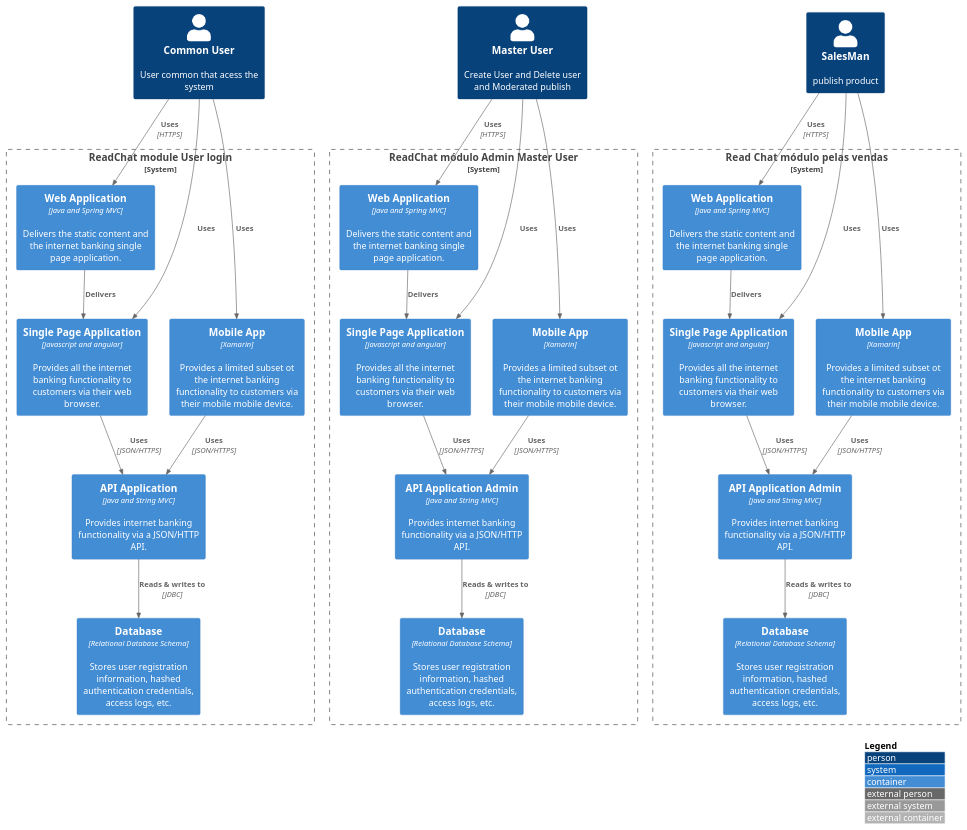
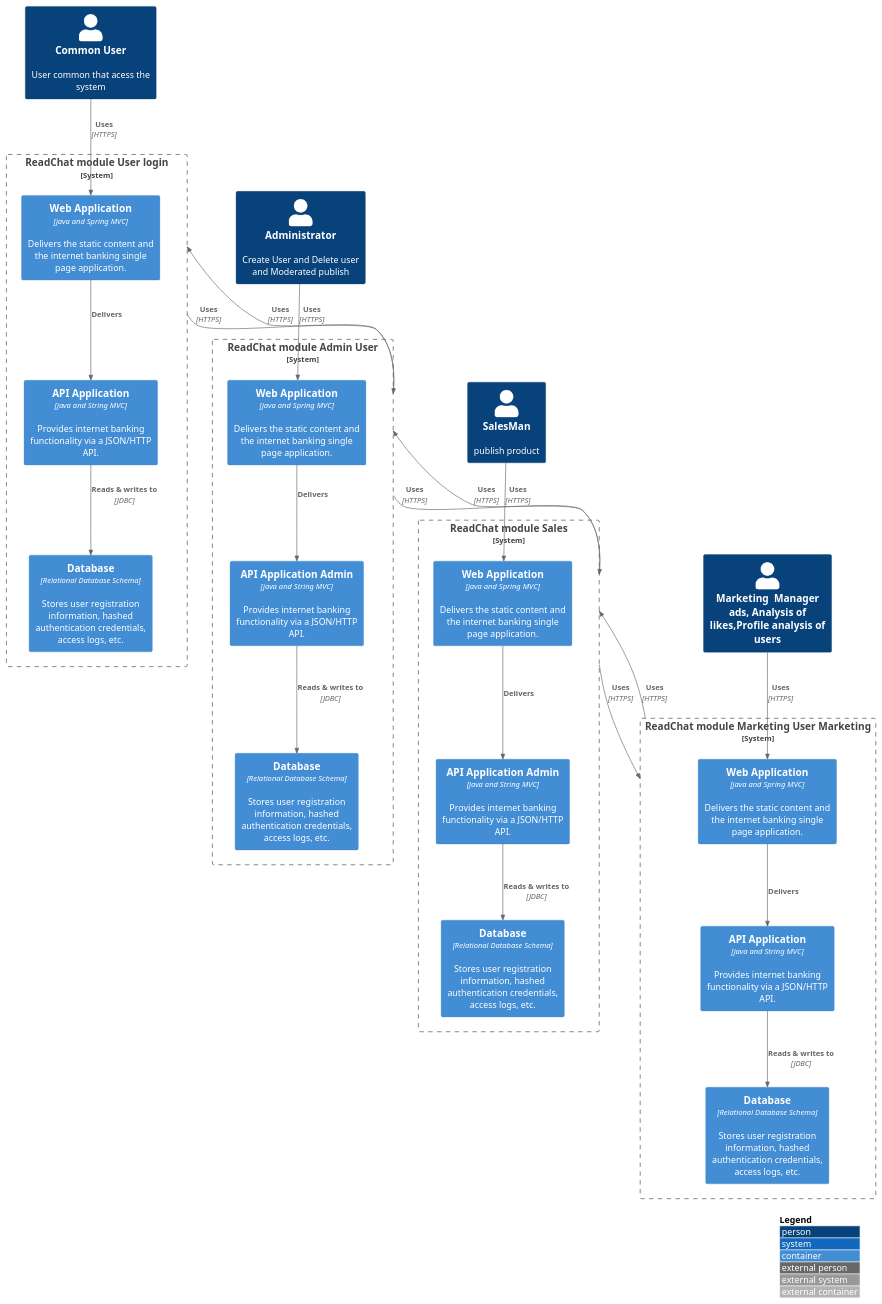
One commit to ertelsoares/Disciplinas-TSI changed the diagram in C4-Analise-de-sistemas-2/ModeloArquiteturaC4/src/Red-Chat/system.puml. Above: the diagram before and after it, drawn with PlantUML. The commit also changed 12 other files, not shown here.

```diff
--- a/C4-Analise-de-sistemas-2/ModeloArquiteturaC4/src/Red-Chat/system.puml
+++ b/C4-Analise-de-sistemas-2/ModeloArquiteturaC4/src/Red-Chat/system.puml
@@ -1,68 +1,69 @@
 @startuml
 !include https://raw.githubusercontent.com/adrianvlupu/C4-PlantUML/latest/C4_Container.puml
 
 LAYOUT_WITH_LEGEND()
 
 Person(cms, "Common User", "User common that acess the system")
-Person(mu, "Master User", "Create User and Delete user and Moderated publish")
+Person(mu, "Administrator", "Create User and Delete user and Moderated publish")
 Person(sm, "SalesMan", "publish product")
+Person(ma, "Marketing  Manager ads, Analysis of likes,Profile analysis of users")
 
 System_Boundary(ModuleLogin, "ReadChat module User login") {
     Container(wbLogin, "Web Application", "java and Spring MVC", "Delivers the static content and the internet banking single page application.")
-    Container(spLogin, "Single Page Application", "javascript and angular", "Provides all the internet banking functionality to customers via their web browser.")
-    Container(mLogin, "Mobile App", "Xamarin", "Provides a limited subset ot the internet banking functionality to customers via their mobile mobile device.")
     Container(dbLogin, "Database", "Relational Database Schema", "Stores user registration information, hashed authentication credentials, access logs, etc.")
     Container(apiLogin, "API Application", "java and String MVC", "Provides internet banking functionality via a JSON/HTTP API.")
-    
-
-
     Rel(apiLogin, dbLogin, "Reads & writes to", "JDBC")
-    Rel(wbLogin, spLogin, "Delivers")
-    Rel(spLogin, apiLogin, "Uses", "JSON/HTTPS")
-    Rel(mLogin, apiLogin, "Uses", "JSON/HTTPS")
+    Rel(wbLogin, apiLogin, "Delivers")
 }
 
 Rel(cms, wbLogin, "Uses", "HTTPS")
-Rel(cms, spLogin, "Uses")
-Rel(cms, mLogin, "Uses")
 
 
 
-System_Boundary(ModuleAdmin, "ReadChat módulo Admin Master User") {
+
+System_Boundary(ModuleAdmin, "ReadChat module Admin User") {
     Container(wbAdmin, "Web Application", "java and Spring MVC", "Delivers the static content and the internet banking single page application.")
-    Container(spAdmin, "Single Page Application", "javascript and angular", "Provides all the internet banking functionality to customers via their web browser.")
-    Container(mAdmin, "Mobile App", "Xamarin", "Provides a limited subset ot the internet banking functionality to customers via their mobile mobile device.")
     Container(dbAdmin, "Database", "Relational Database Schema", "Stores user registration information, hashed authentication credentials, access logs, etc.")
     Container(apiAdmin, "API Application Admin", "java and String MVC", "Provides internet banking functionality via a JSON/HTTP API.")
 
     Rel(apiAdmin, dbAdmin, "Reads & writes to", "JDBC")
-    Rel(wbAdmin, spAdmin, "Delivers")
-    Rel(spAdmin, apiAdmin, "Uses", "JSON/HTTPS")
-    Rel(mAdmin, apiAdmin, "Uses", "JSON/HTTPS")
+    Rel(wbAdmin, apiAdmin, "Delivers")
+    
 }
 
 Rel(mu, wbAdmin, "Uses", "HTTPS")
-Rel(mu, spAdmin, "Uses")
-Rel(mu, mAdmin, "Uses")
 
 
-System_Boundary(ModuleSales, "Read Chat módulo  pelas vendas"){
+
+System_Boundary(ModuleSales, "ReadChat module Sales"){
        Container(wbSales, "Web Application", "java and Spring MVC", "Delivers the static content and the internet banking single page application.")
-       Container(spSales, "Single Page Application", "javascript and angular", "Provides all the internet banking functionality to customers via their web browser.")
-       Container(mSales, "Mobile App", "Xamarin", "Provides a limited subset ot the internet banking functionality to customers via their mobile mobile device.")
        Container(dbSales, "Database", "Relational Database Schema", "Stores user registration information, hashed authentication credentials, access logs, etc.")
        Container(apiSales, "API Application Admin", "java and String MVC", "Provides internet banking functionality via a JSON/HTTP API.")
 
        Rel(apiSales, dbSales, "Reads & writes to", "JDBC")
-       Rel(wbSales, spSales, "Delivers")
-       Rel(spSales, apiSales, "Uses", "JSON/HTTPS")
-       Rel(mSales, apiSales, "Uses", "JSON/HTTPS")
+       Rel(wbSales, apiSales, "Delivers")
 
 }
 Rel(sm, wbSales, "Uses", "HTTPS")
-Rel(sm, spSales, "Uses")
-Rel(sm, mSales, "Uses")
 
 
 
+System_Boundary(ModuleMarketing, "ReadChat module Marketing User Marketing") {
+    Container(wbMarketing, "Web Application", "java and Spring MVC", "Delivers the static content and the internet banking single page application.")
+    Container(dbMarketing, "Database", "Relational Database Schema", "Stores user registration information, hashed authentication credentials, access logs, etc.")
+    Container(apiMarketing, "API Application", "java and String MVC", "Provides internet banking functionality via a JSON/HTTP API.")
+    Rel(apiMarketing, dbMarketing, "Reads & writes to", "JDBC")
+    Rel(wbMarketing, apiMarketing, "Delivers")
+
+}
+
+Rel(ma, wbMarketing, "Uses", "HTTPS")
+
+Rel(ModuleLogin,ModuleAdmin, "Uses", "HTTPS")
+Rel(ModuleAdmin,ModuleLogin, "Uses", "HTTPS")
+Rel(ModuleAdmin,ModuleSales, "Uses", "HTTPS")
+Rel(ModuleSales,ModuleAdmin, "Uses", "HTTPS")
+Rel(ModuleSales,ModuleMarketing, "Uses", "HTTPS")
+Rel(ModuleMarketing,ModuleSales, "Uses", "HTTPS")
+
 @enduml
```
